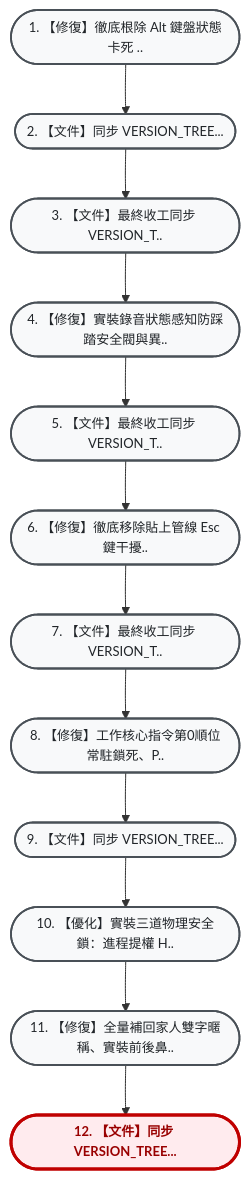
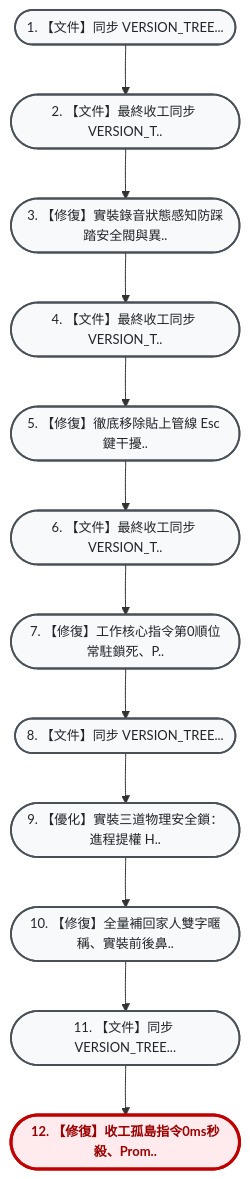
The diagram in VERSION_TREE.md (hjen8/NoType-Scribe), drawn with Mermaid before and after one commit. The commit also changed other lines of this file and 3 other files, not shown here.

Commit message:
【修復】收工孤島指令0ms秒殺、Prompt 398 bytes精準收縮防稀釋與文培亦、陳金枝加回 (Task 62)

````diff
--- a/VERSION_TREE.md
+++ b/VERSION_TREE.md
@@ -13,30 +13,30 @@
 ```mermaid
 flowchart TD
     %% 雙壁版本樹專用視覺化配色風格 (由上而下 TD 垂直大字純中文版)
     classDef default fill:#f8f9fa,stroke:#495057,stroke-width:1.8px,color:#212529,font-size:13px;
     classDef current fill:#ffebee,stroke:#c00000,stroke-width:3px,color:#900,font-weight:bold,font-size:13px;
     classDef mergeNode fill:#e3f2fd,stroke:#1565c0,stroke-width:2px,color:#0d47a1,font-size:13px;
-    n_aef1404(["1. 【修復】徹底根除 Alt 鍵盤狀態卡死 .."]):::default
-    n_e84eb66(["2. 【文件】同步 VERSION_TREE..."]):::default
-    n_84b947b(["3. 【文件】最終收工同步 VERSION_T.."]):::default
-    n_8774d72(["4. 【修復】實裝錄音狀態感知防踩踏安全閥與異.."]):::default
-    n_3b1109f(["5. 【文件】最終收工同步 VERSION_T.."]):::default
-    n_3fd94e8(["6. 【修復】徹底移除貼上管線 Esc 鍵干擾.."]):::default
-    n_796160e(["7. 【文件】最終收工同步 VERSION_T.."]):::default
-    n_01556eb(["8. 【修復】工作核心指令第0順位常駐鎖死、P.."]):::default
-    n_de0f9ca(["9. 【文件】同步 VERSION_TREE..."]):::default
-    n_0998c9e(["10. 【優化】實裝三道物理安全鎖：進程提權 H.."]):::default
-    n_c88210e(["11. 【修復】全量補回家人雙字暱稱、實裝前後鼻.."]):::default
-    n_99e8b94(["12. 【文件】同步 VERSION_TREE..."]):::current
-    n_aef1404 --> n_e84eb66
+    n_e84eb66(["1. 【文件】同步 VERSION_TREE..."]):::default
+    n_84b947b(["2. 【文件】最終收工同步 VERSION_T.."]):::default
+    n_8774d72(["3. 【修復】實裝錄音狀態感知防踩踏安全閥與異.."]):::default
+    n_3b1109f(["4. 【文件】最終收工同步 VERSION_T.."]):::default
+    n_3fd94e8(["5. 【修復】徹底移除貼上管線 Esc 鍵干擾.."]):::default
+    n_796160e(["6. 【文件】最終收工同步 VERSION_T.."]):::default
+    n_01556eb(["7. 【修復】工作核心指令第0順位常駐鎖死、P.."]):::default
+    n_de0f9ca(["8. 【文件】同步 VERSION_TREE..."]):::default
+    n_0998c9e(["9. 【優化】實裝三道物理安全鎖：進程提權 H.."]):::default
+    n_c88210e(["10. 【修復】全量補回家人雙字暱稱、實裝前後鼻.."]):::default
+    n_534b345(["11. 【文件】同步 VERSION_TREE..."]):::default
+    n_79367e2(["12. 【修復】收工孤島指令0ms秒殺、Prom.."]):::current
     n_e84eb66 --> n_84b947b
     n_84b947b --> n_8774d72
     n_8774d72 --> n_3b1109f
     n_3b1109f --> n_3fd94e8
     n_3fd94e8 --> n_796160e
     n_796160e --> n_01556eb
     n_01556eb --> n_de0f9ca
     n_de0f9ca --> n_0998c9e
     n_0998c9e --> n_c88210e
-    n_c88210e --> n_99e8b94
+    n_c88210e --> n_534b345
+    n_534b345 --> n_79367e2
 ```
````
